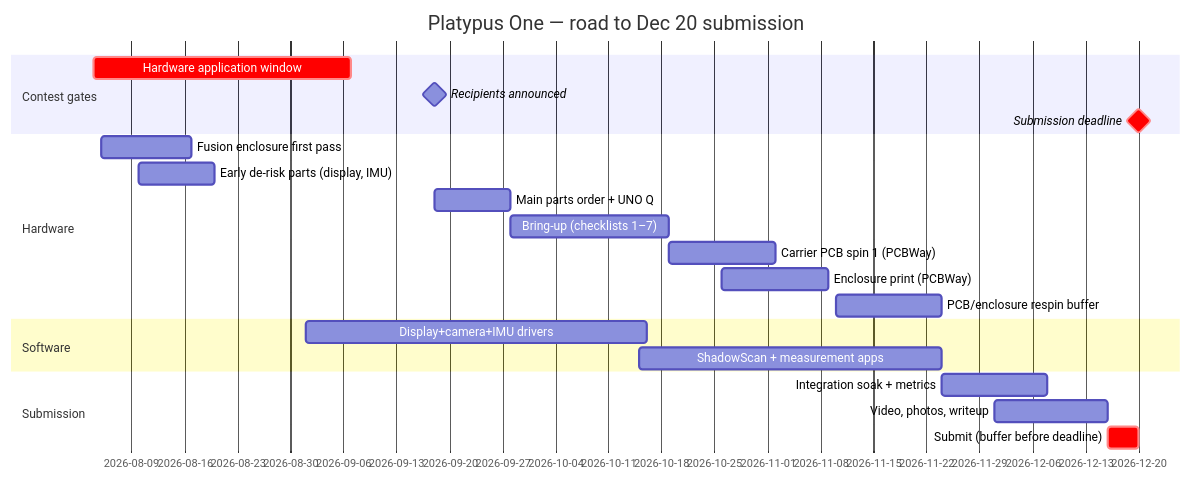
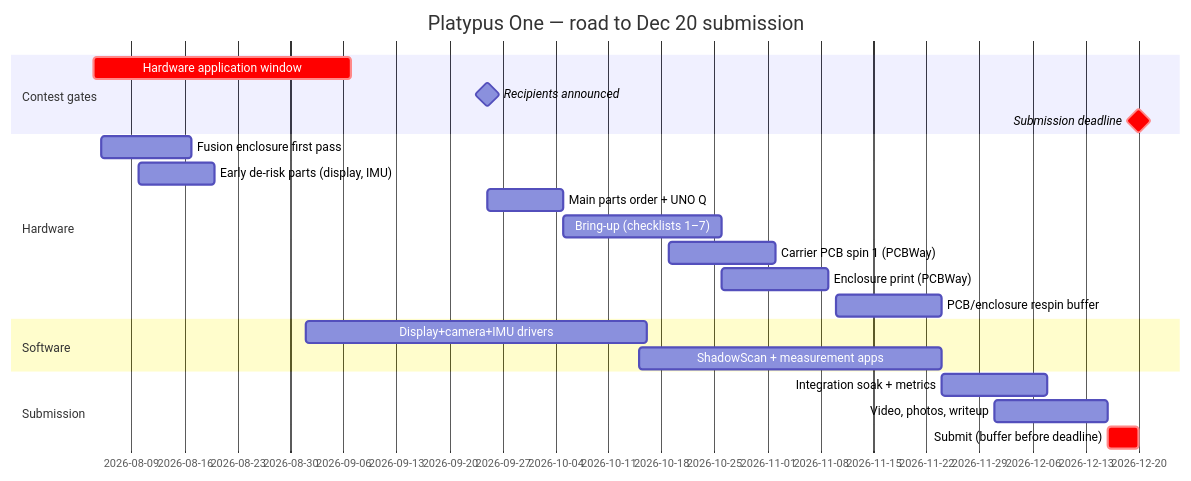
The diagram in docs/hardware/ACQUISITION_ROADMAP.md (Matthewjg95/PlatypusOne), drawn with Mermaid before and after one commit. The commit also changed other lines of this file and 1 other file, not shown here.

First line of the commit message:
docs: re-anchor roadmap to Sep 25 announcement; record local MSVC verification

````diff
--- a/docs/hardware/ACQUISITION_ROADMAP.md
+++ b/docs/hardware/ACQUISITION_ROADMAP.md
@@ -8,24 +8,24 @@
 ```mermaid
 gantt
     dateFormat  YYYY-MM-DD
     title Platypus One — road to Dec 20 submission
     section Contest gates
     Hardware application window   :crit, 2026-08-04, 2026-09-07
-    Recipients announced          :milestone, 2026-09-18, 0d
+    Recipients announced          :milestone, 2026-09-25, 0d
     Submission deadline           :milestone, crit, 2026-12-20, 0d
     section Hardware
     Fusion enclosure first pass   :2026-08-05, 12d
     Early de-risk parts (display, IMU) :2026-08-10, 10d
-    Main parts order + UNO Q      :2026-09-18, 10d
-    Bring-up (checklists 1–7)     :2026-09-28, 21d
+    Main parts order + UNO Q      :2026-09-25, 10d
+    Bring-up (checklists 1–7)     :2026-10-05, 21d
     Carrier PCB spin 1 (PCBWay)   :2026-10-19, 14d
     Enclosure print (PCBWay)      :2026-10-26, 14d
     PCB/enclosure respin buffer   :2026-11-10, 14d
     section Software
     Display+camera+IMU drivers    :2026-09-01, 45d
     ShadowScan + measurement apps :2026-10-15, 40d
     section Submission
     Integration soak + metrics    :2026-11-24, 14d
     Video, photos, writeup        :2026-12-01, 15d
     Submit (buffer before deadline):crit, 2026-12-16, 4d
 ```
````
